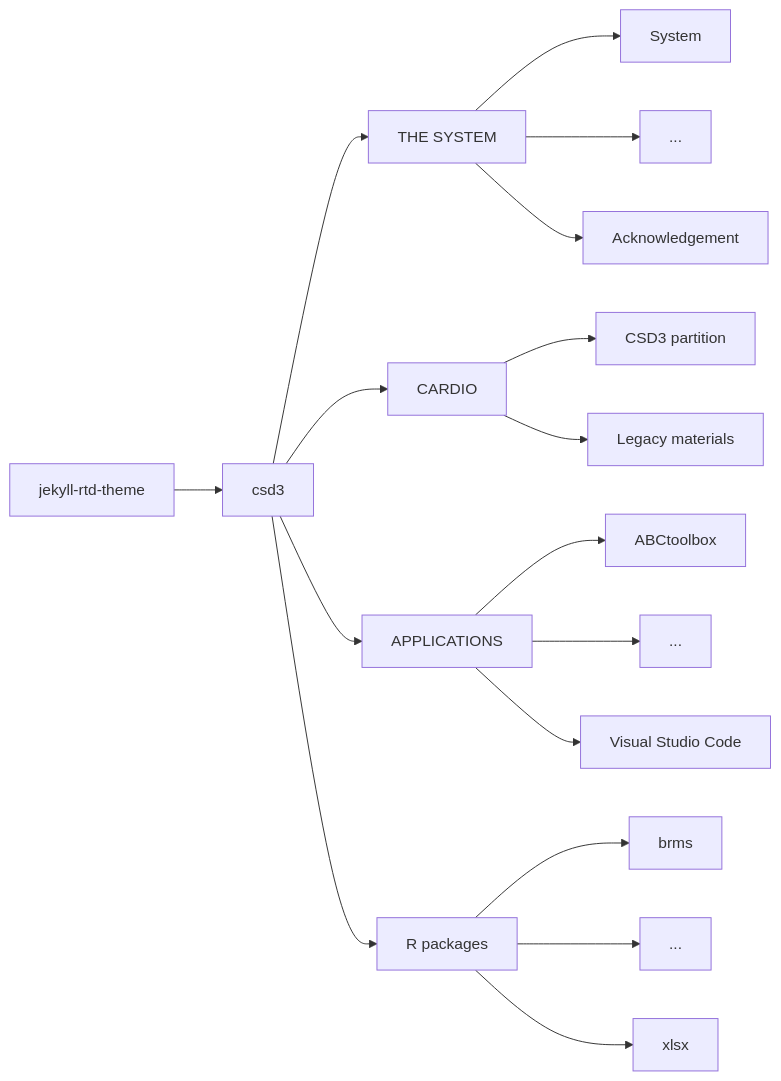
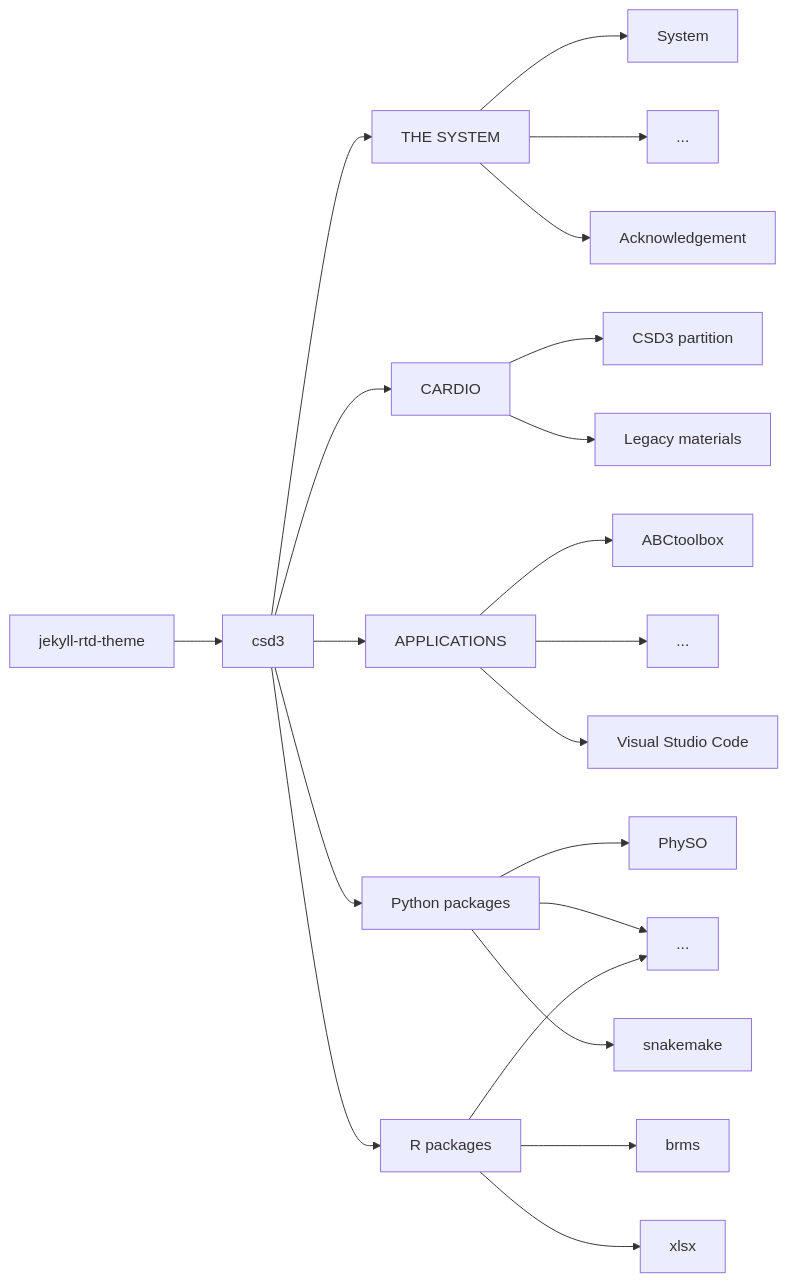
Before and after one commit to cambridge-ceu/csd3: the diagram in README.md, drawn with Mermaid. The commit also changed 44 other files, not shown here.

````diff
--- a/README.md
+++ b/README.md
@@ -10,19 +10,23 @@
 ```mermaid
 graph LR;
 jekyll-rtd-theme --> csd3
 csd3 --> system["THE SYSTEM"]
 csd3 --> cardio["CARDIO"]
 csd3 --> applications["APPLICATIONS"]
+csd3 --> Python["Python packages"]
 csd3 --> R["R packages"]
 system --> System
 system --> sysdot["..."]
 system --> Acknowledgement
 cardio --> cp["CSD3 partition"]
 cardio --> lm["Legacy materials"]
 applications --> ABCtoolbox
 applications --> appdot["..."]
 applications --> vsc["Visual Studio Code"]
+Python --> PhySO
+Python --> Rdot["..."]
+Python --> snakemake
 R --> brms
 R --> Rdot["..."]
 R --> xlsx
 ```
````
